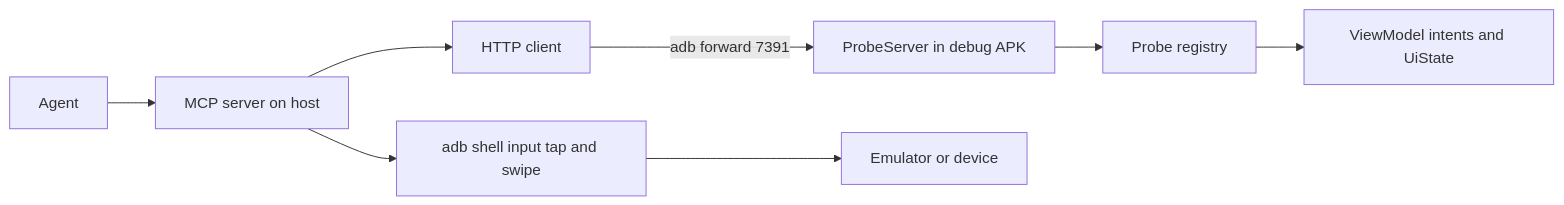
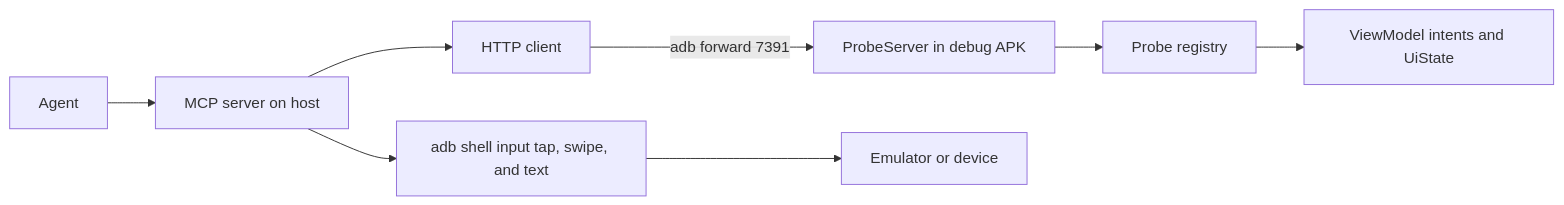
The diagram in docs/demo/capture/mcp/README.md (codenamegary/harold), drawn with Mermaid before and after one commit. The commit also changed other lines of this file and 77 other files, not shown here.

````diff
--- a/docs/demo/capture/mcp/README.md
+++ b/docs/demo/capture/mcp/README.md
@@ -26,10 +26,10 @@
 ```mermaid
 flowchart LR
     A[Agent] --> B[MCP server on host]
     B --> C[HTTP client]
     C -->|adb forward 7391| D[ProbeServer in debug APK]
     D --> E[Probe registry]
     E --> F[ViewModel intents and UiState]
-    B --> G[adb shell input tap and swipe]
+    B --> G[adb shell input tap, swipe, and text]
     G --> H[Emulator or device]
 ```
````
